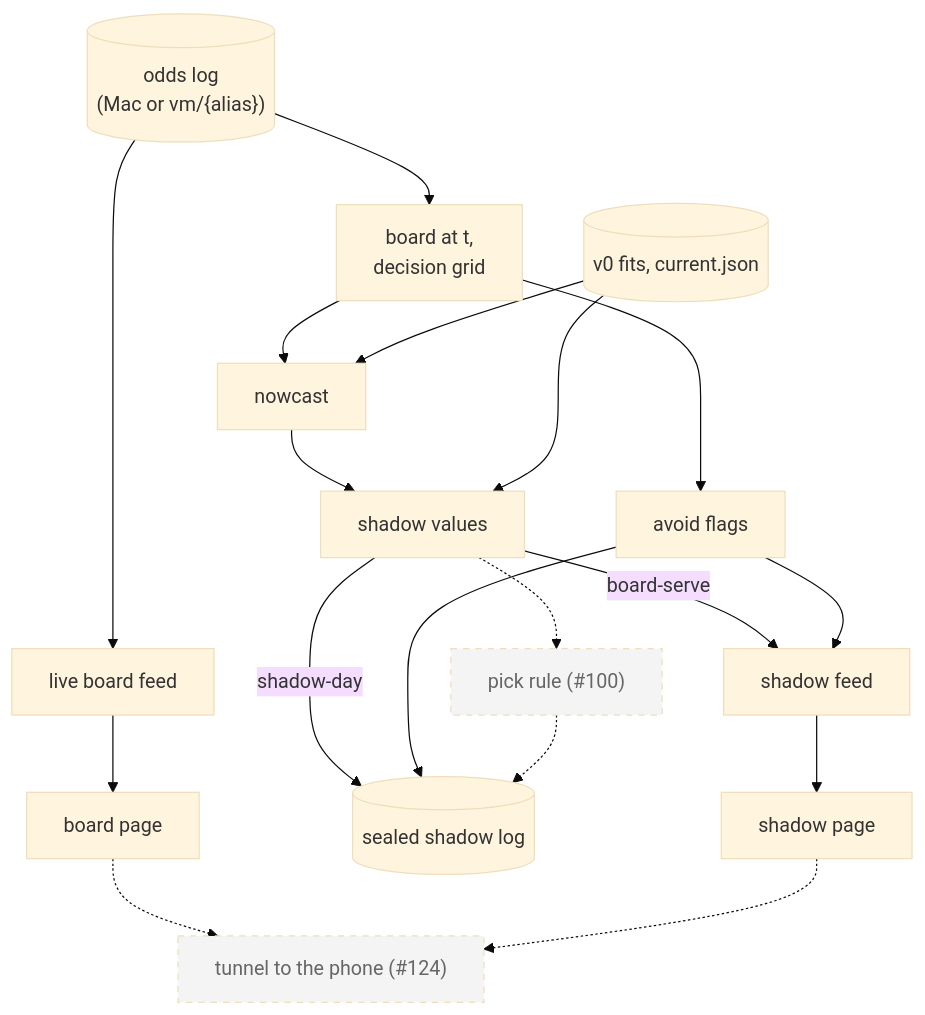
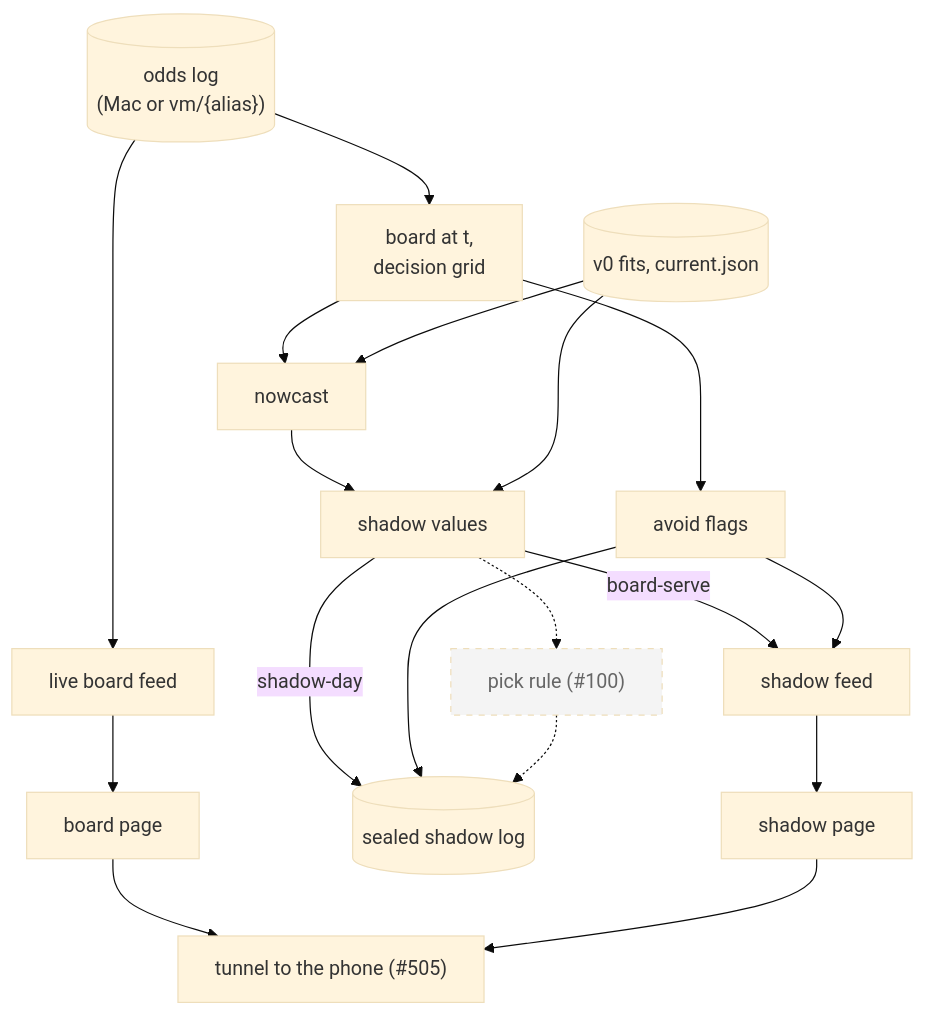
The fourth of 7 diagrams in docs/architecture.md (rjeskuri/HorseTrackBetting), drawn with Mermaid (base theme) before and after one commit. The commit also changed other lines of this file and 4 other files, not shown here.

````diff
--- a/docs/architecture.md
+++ b/docs/architecture.md
@@ -176,32 +174,32 @@
 ```mermaid
 flowchart TD
   olog[("odds log<br>(Mac or vm/{alias})")]
   bat["board at t,<br>decision grid"]
   feed["live board feed"]
   bpage["board page"]
   fits[("v0 fits, current.json")]
   now["nowcast"]
   sv["shadow values"]
   flags["avoid flags"]
   pick["pick rule (#100)"]
   slog[("sealed shadow log")]
   sfeed["shadow feed"]
   spage["shadow page"]
-  tun["tunnel to the phone (#124)"]
+  tun["tunnel to the phone (#505)"]
   olog --> bat
   olog --> feed --> bpage
   bat --> now --> sv
   fits --> now
   fits --> sv
   bat --> flags
   sv -->|"shadow-day"| slog
   flags --> slog
   sv -.-> pick -.-> slog
   sv -->|"board-serve"| sfeed
   flags --> sfeed
   sfeed --> spage
-  bpage -.-> tun
-  spage -.-> tun
+  bpage --> tun
+  spage --> tun
   classDef planned stroke-dasharray: 5 5,fill:#f4f4f4,color:#666
-  class pick,tun planned
+  class pick planned
 ```
````
